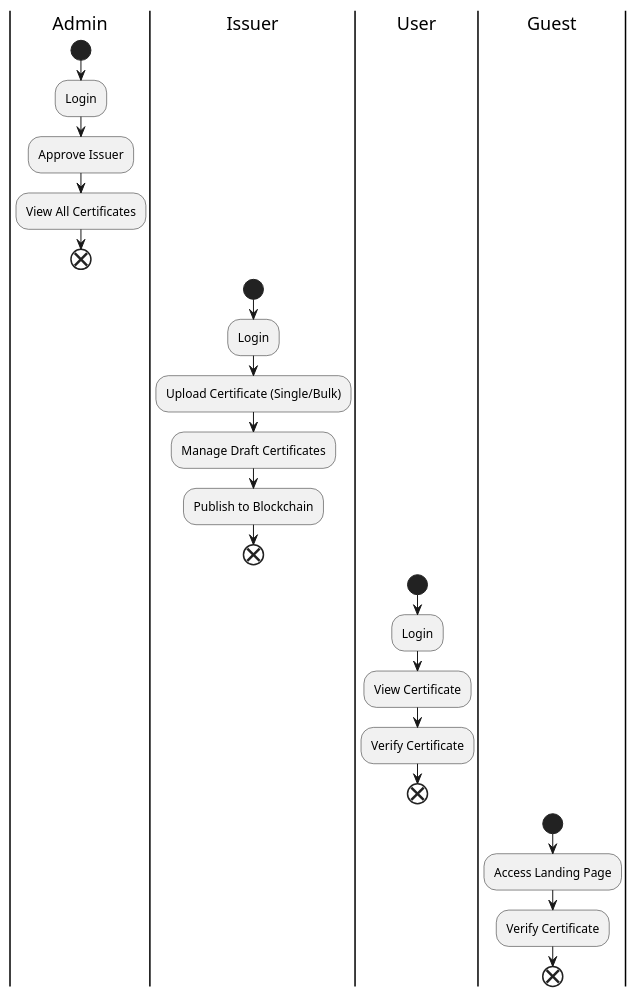
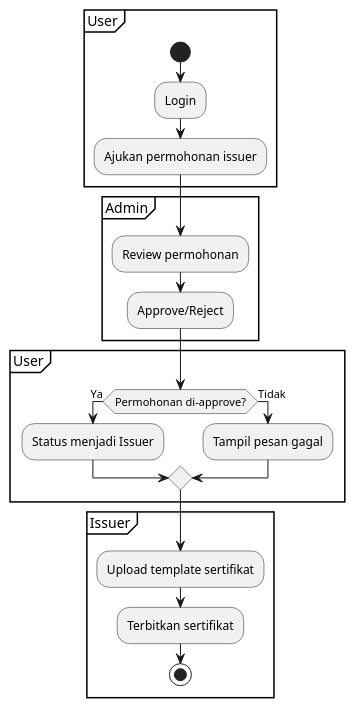
The first of 2 diagrams in plantuml/activity_swimlane.puml (Aguh18/Skripsi-Projek-Penerbitan-Sertifikat-Berbasis-Blockhain-Polygon), drawn with PlantUML before and after one commit. The commit also changed other lines of this file and 5 other files, not shown here.

```diff
--- a/plantuml/activity_swimlane.puml
+++ b/plantuml/activity_swimlane.puml
@@ -1,29 +1,24 @@
 @startuml
-|Admin|
-start
-:Login;
-:Approve Issuer;
-:View All Certificates;
-end
-
-|Issuer|
-start
-:Login;
-:Upload Certificate (Single/Bulk);
-:Manage Draft Certificates;
-:Publish to Blockchain;
-end
-
-|User|
-start
-:Login;
-:View Certificate;
-:Verify Certificate;
-end
-
-|Guest|
-start
-:Access Landing Page;
-:Verify Certificate;
-end
-@enduml 
+!pragma useVerticalSwimlanes false
+partition User {
+  start
+  :Login;
+  :Ajukan permohonan issuer;
+}
+partition Admin {
+  :Review permohonan;
+  :Approve/Reject;
+}
+partition User {
+  if (Permohonan di-approve?) then (Ya)
+    :Status menjadi Issuer;
+  else (Tidak)
+    :Tampil pesan gagal;
+  endif
+}
+partition Issuer {
+  :Upload template sertifikat;
+  :Terbitkan sertifikat;
+  stop
+}
+@enduml
```
